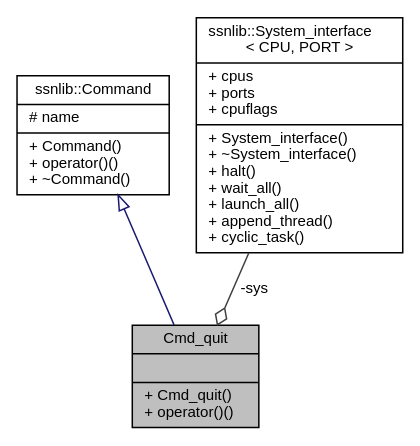
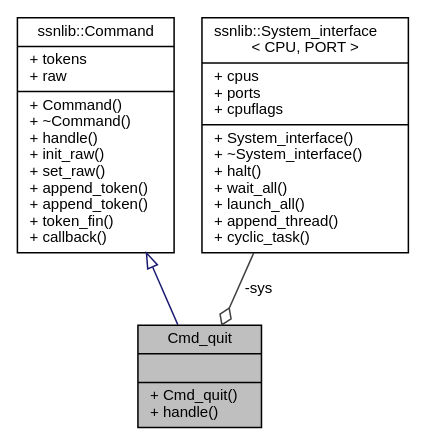
One commit to susanoog/susanoog.github.io changed the diagram in api/classCmd__quit__coll__graph.dot. Above: the diagram before and after it, drawn with Graphviz. The commit also changed 203 other files, not shown here.

```diff
--- a/api/classCmd__quit__coll__graph.dot
+++ b/api/classCmd__quit__coll__graph.dot
@@ -1,10 +1,10 @@
 digraph "Cmd_quit"
 {
   edge [fontname="Helvetica",fontsize="10",labelfontname="Helvetica",labelfontsize="10"];
   node [fontname="Helvetica",fontsize="10",shape=record];
-  Node1 [label="{Cmd_quit\n||+ Cmd_quit()\l+ operator()()\l}",height=0.2,width=0.4,color="black", fillcolor="grey75", style="filled", fontcolor="black"];
+  Node1 [label="{Cmd_quit\n||+ Cmd_quit()\l+ handle()\l}",height=0.2,width=0.4,color="black", fillcolor="grey75", style="filled", fontcolor="black"];
   Node2 -> Node1 [dir="back",color="midnightblue",fontsize="10",style="solid",arrowtail="onormal",fontname="Helvetica"];
-  Node2 [label="{ssnlib::Command\n|# name\l|+ Command()\l+ operator()()\l+ ~Command()\l}",height=0.2,width=0.4,color="black", fillcolor="white", style="filled",URL="$classssnlib_1_1Command.html"];
+  Node2 [label="{ssnlib::Command\n|+ tokens\l+ raw\l|+ Command()\l+ ~Command()\l+ handle()\l+ init_raw()\l+ set_raw()\l+ append_token()\l+ append_token()\l+ token_fin()\l+ callback()\l}",height=0.2,width=0.4,color="black", fillcolor="white", style="filled",URL="$structssnlib_1_1Command.html"];
   Node3 -> Node1 [color="grey25",fontsize="10",style="solid",label=" -sys" ,arrowhead="odiamond",fontname="Helvetica"];
   Node3 [label="{ssnlib::System_interface\l\< CPU, PORT \>\n|+ cpus\l+ ports\l+ cpuflags\l|+ System_interface()\l+ ~System_interface()\l+ halt()\l+ wait_all()\l+ launch_all()\l+ append_thread()\l+ cyclic_task()\l}",height=0.2,width=0.4,color="black", fillcolor="white", style="filled",URL="$classssnlib_1_1System__interface.html"];
 }
```
